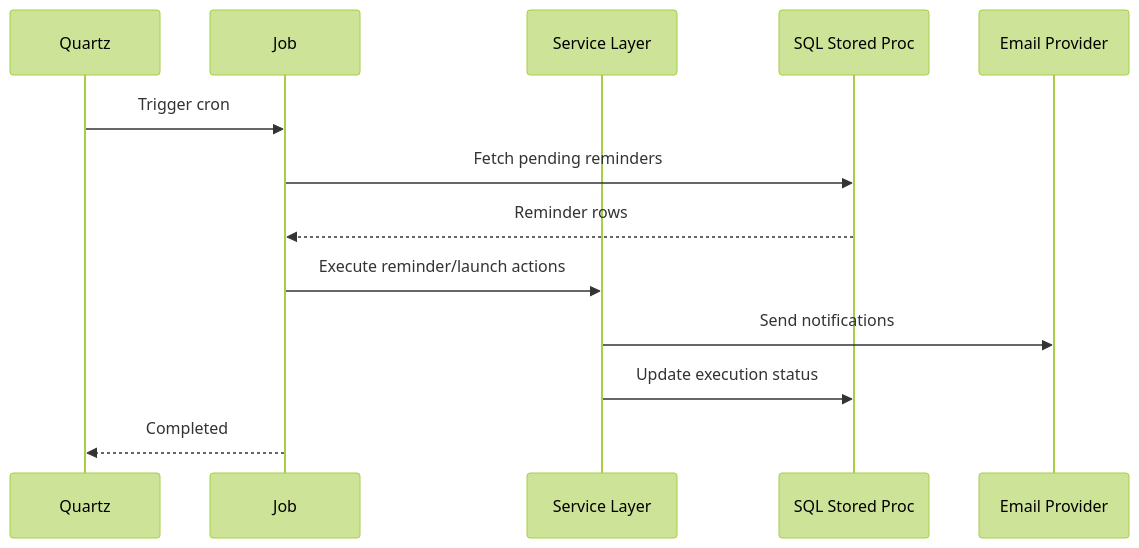
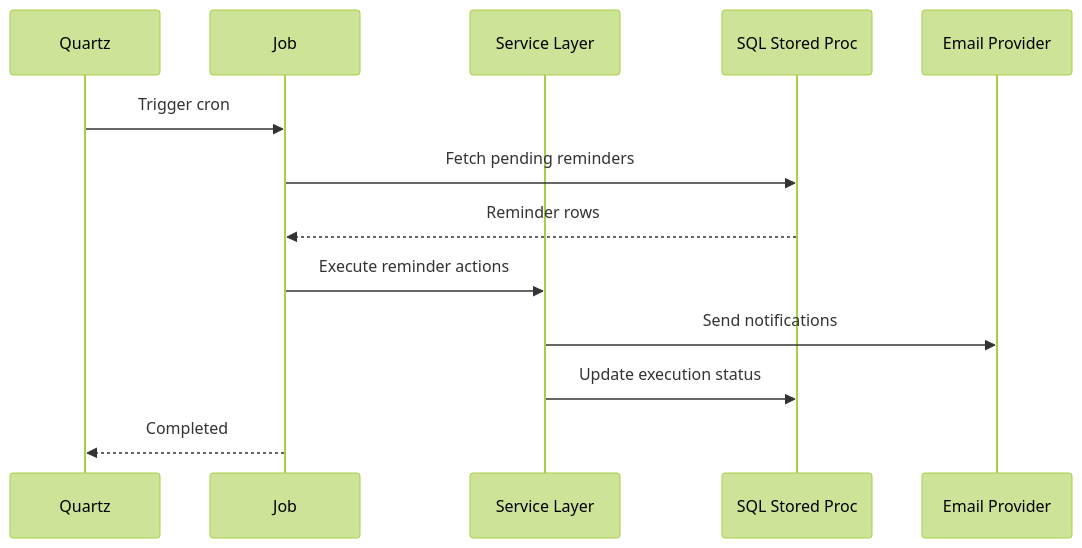
The sixth of 7 diagrams in ProjectOverview.md (SUGANTHAN54/Cantoo_dev_doc), drawn with Mermaid (forest theme) before and after one commit. The commit also changed other lines of this file, not shown here.

````diff
--- a/ProjectOverview.md
+++ b/ProjectOverview.md
@@ -294,16 +293,16 @@
 ```mermaid
 sequenceDiagram
     participant Q as Quartz
     participant J as Job
     participant S as Service Layer
     participant DB as SQL Stored Proc
     participant E as Email Provider
 
     Q->>J: Trigger cron
     J->>DB: Fetch pending reminders
     DB-->>J: Reminder rows
-    J->>S: Execute reminder/launch actions
+    J->>S: Execute reminder actions
     S->>E: Send notifications
     S->>DB: Update execution status
     J-->>Q: Completed
 ```
````
